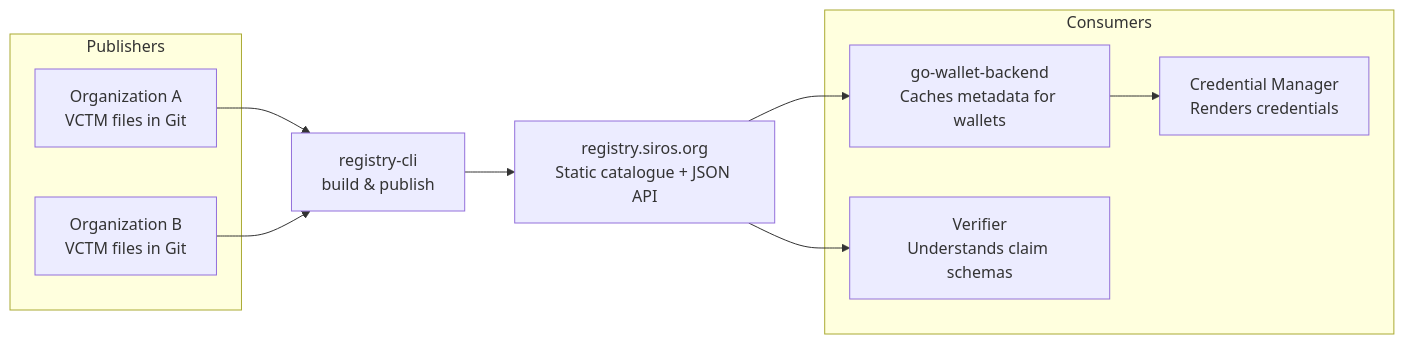
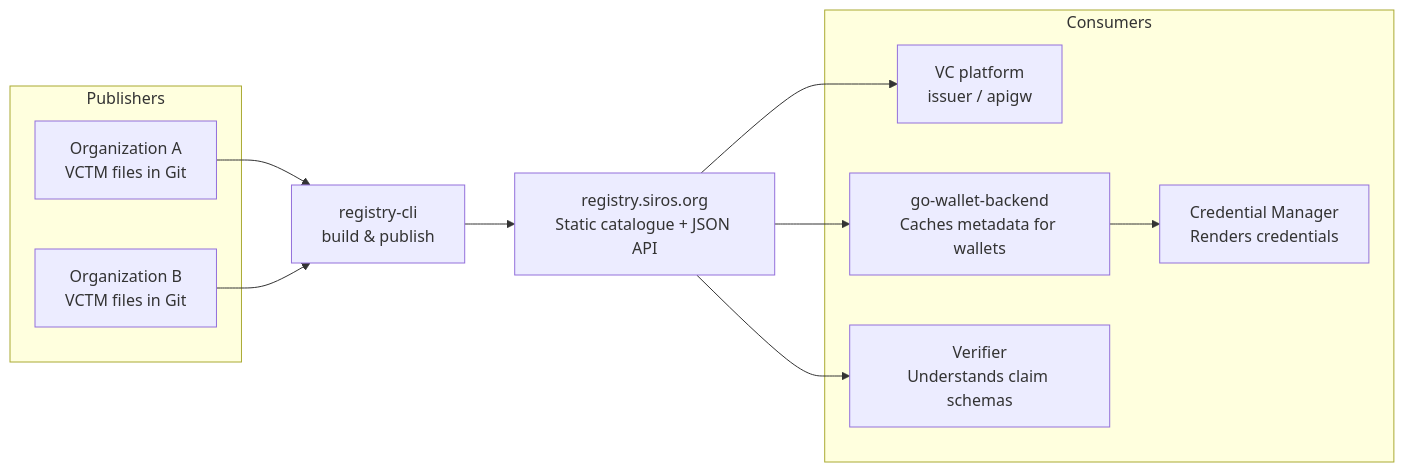
Before and after one commit to sirosfoundation/docs: the diagram in docs/sirosid/registry/index.md, drawn with Mermaid. The commit also changed other lines of this file and 15 other files, not shown here.

First line of the commit message:
docs(issuers): fix issuer, operations, registry and reference docs against vc v0.7.23 (#79)

````diff
--- a/docs/sirosid/registry/index.md
+++ b/docs/sirosid/registry/index.md
@@ -42,23 +42,25 @@
 ```mermaid
 flowchart LR
     subgraph Publishers
         Org1[Organization A<br/>VCTM files in Git]
         Org2[Organization B<br/>VCTM files in Git]
     end
 
     CLI[registry-cli<br/>build & publish]
     Registry[registry.siros.org<br/>Static catalogue + JSON API]
 
     subgraph Consumers
+        VCP[VC platform<br/>issuer / apigw]
         WB[go-wallet-backend<br/>Caches metadata for wallets]
         Wallet[Credential Manager<br/>Renders credentials]
         Verifier[Verifier<br/>Understands claim schemas]
     end
 
     Org1 --> CLI
     Org2 --> CLI
     CLI --> Registry
+    Registry --> VCP
     Registry --> WB
     WB --> Wallet
     Registry --> Verifier
 ```
````
